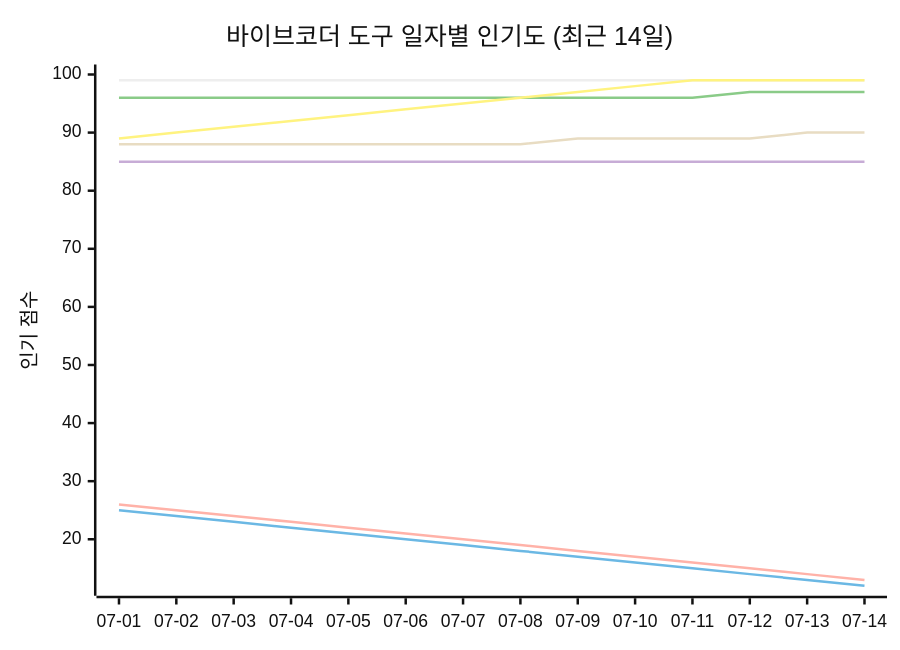
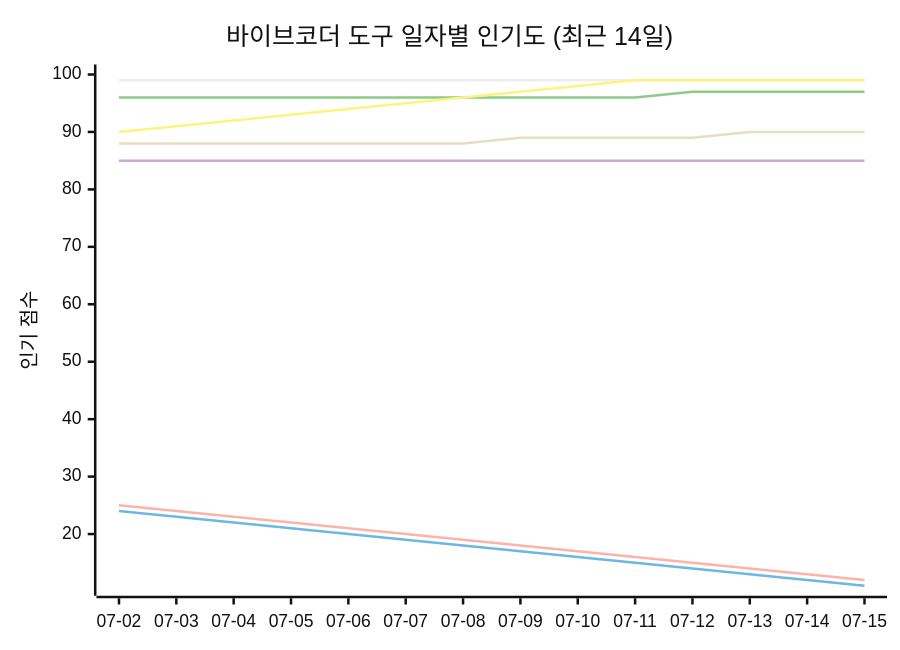
One commit to tykimos/ai-whatchelin changed the seventh of 11 diagrams in README_ko.md. Above: the diagram before and after it, drawn with Mermaid (neutral theme). The commit also changed other lines of this file and 4 other files, not shown here.

````diff
--- a/README_ko.md
+++ b/README_ko.md
@@ -1947,13 +1959,13 @@
 ```mermaid
 xychart-beta
     title "바이브코더 도구 일자별 인기도 (최근 14일)"
-    x-axis ["07-01", "07-02", "07-03", "07-04", "07-05", "07-06", "07-07", "07-08", "07-09", "07-10", "07-11", "07-12", "07-13", "07-14"]
-    y-axis "인기 점수" 12 --> 100
+    x-axis ["07-02", "07-03", "07-04", "07-05", "07-06", "07-07", "07-08", "07-09", "07-10", "07-11", "07-12", "07-13", "07-14", "07-15"]
+    y-axis "인기 점수" 11 --> 100
     line "Claude Code" [99, 99, 99, 99, 99, 99, 99, 99, 99, 99, 99, 99, 99, 99]
-    line "GH Copilot" [25, 24, 23, 22, 21, 20, 19, 18, 17, 16, 15, 14, 13, 12]
-    line "Cursor" [96, 96, 96, 96, 96, 96, 96, 96, 96, 96, 96, 97, 97, 97]
+    line "GH Copilot" [24, 23, 22, 21, 20, 19, 18, 17, 16, 15, 14, 13, 12, 11]
+    line "Cursor" [96, 96, 96, 96, 96, 96, 96, 96, 96, 96, 97, 97, 97, 97]
     line "Windsurf" [85, 85, 85, 85, 85, 85, 85, 85, 85, 85, 85, 85, 85, 85]
-    line "Codex CLI" [88, 88, 88, 88, 88, 88, 88, 88, 89, 89, 89, 89, 90, 90]
-    line "Gemini CLI" [26, 25, 24, 23, 22, 21, 20, 19, 18, 17, 16, 15, 14, 13]
-    line "Antigravity" [89, 90, 91, 92, 93, 94, 95, 96, 97, 98, 99, 99, 99, 99]
+    line "Codex CLI" [88, 88, 88, 88, 88, 88, 88, 89, 89, 89, 89, 90, 90, 90]
+    line "Gemini CLI" [25, 24, 23, 22, 21, 20, 19, 18, 17, 16, 15, 14, 13, 12]
+    line "Antigravity" [90, 91, 92, 93, 94, 95, 96, 97, 98, 99, 99, 99, 99, 99]
 ```
````
